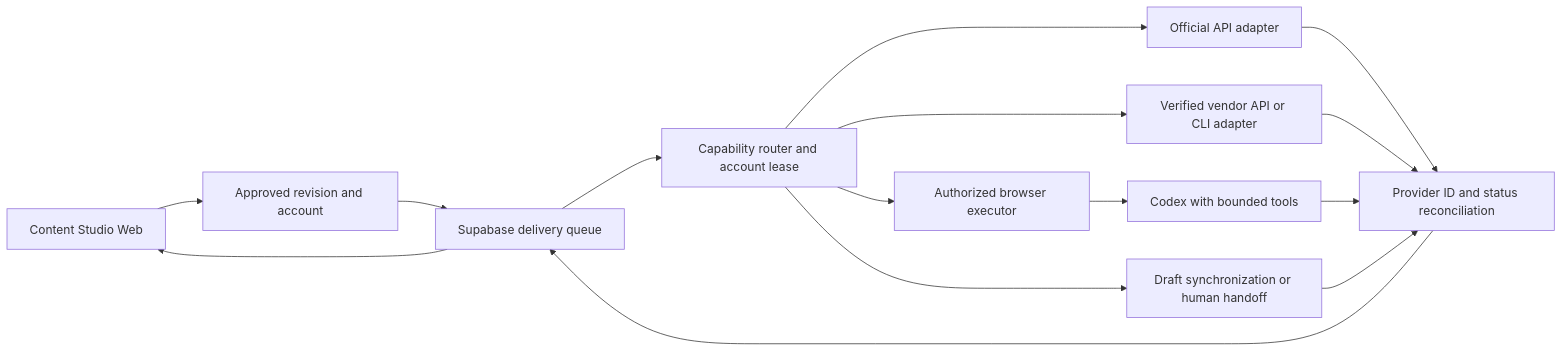
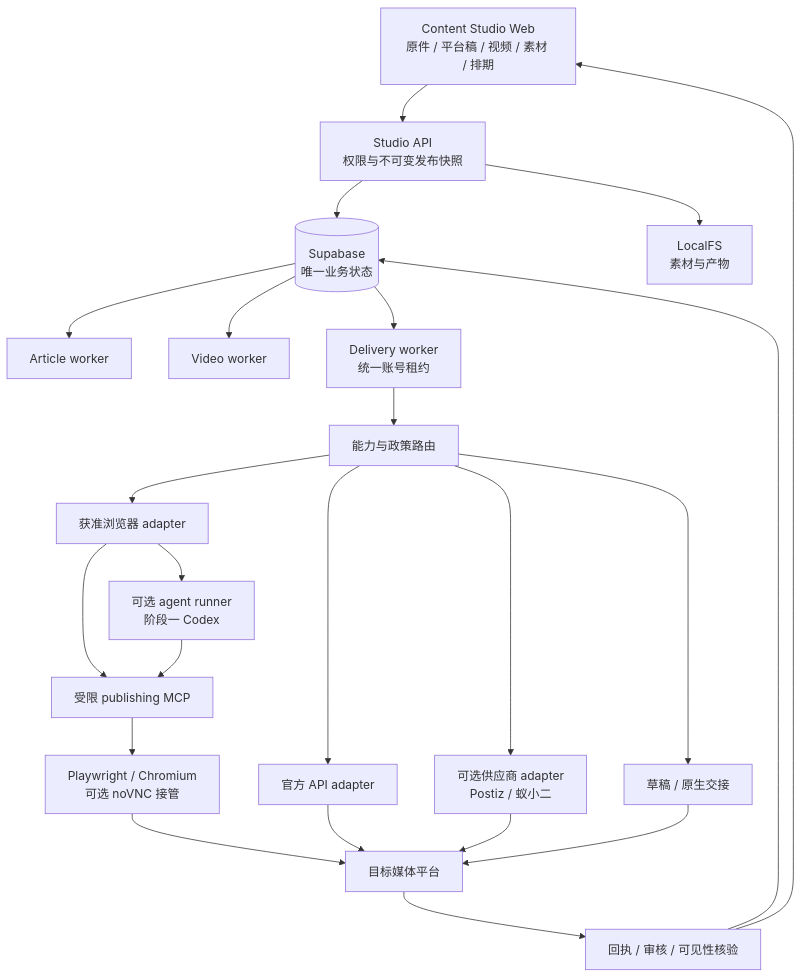
The first of 2 diagrams in docs/publishing-competitors-and-codex-browser-2026-10-11.md (wingxking/content-studio), drawn with Mermaid before and after one commit. The commit also changed other lines of this file, not shown here.

Commit message:
docs: deepen Chinese publishing and Docker browser research

````diff
--- a/docs/publishing-competitors-and-codex-browser-2026-10-11.md
+++ b/docs/publishing-competitors-and-codex-browser-2026-10-11.md
@@ -56,17 +222,25 @@
 ```mermaid
-flowchart LR
-    Web[Content Studio Web] --> Approval[Approved revision and account]
-    Approval --> Queue[Supabase delivery queue]
-    Queue --> Router[Capability router and account lease]
-    Router --> Official[Official API adapter]
-    Router --> Vendor[Verified vendor API or CLI adapter]
-    Router --> Browser[Authorized browser executor]
-    Router --> Draft[Draft synchronization or human handoff]
-    Browser --> Agent[Codex with bounded tools]
-    Official --> Receipt[Provider ID and status reconciliation]
-    Vendor --> Receipt
-    Agent --> Receipt
-    Draft --> Receipt
-    Receipt --> Queue
-    Queue --> Web
+flowchart TD
+    Web[Content Studio Web<br/>原件 / 平台稿 / 视频 / 素材 / 排期] --> API[Studio API<br/>权限与不可变发布快照]
+    API --> DB[(Supabase<br/>唯一业务状态)]
+    API --> Files[LocalFS<br/>素材与产物]
+    DB --> Article[Article worker]
+    DB --> Video[Video worker]
+    DB --> Delivery[Delivery worker<br/>统一账号租约]
+    Delivery --> Gate[能力与政策路由]
+    Gate --> Official[官方 API adapter]
+    Gate --> Vendor[可选供应商 adapter<br/>Postiz / 蚁小二]
+    Gate --> Draft[草稿 / 原生交接]
+    Gate --> Browser[获准浏览器 adapter]
+    Browser --> MCP[受限 publishing MCP]
+    MCP --> Runtime[Playwright / Chromium<br/>可选 noVNC 接管]
+    Browser --> Agent[可选 agent runner<br/>阶段一 Codex]
+    Agent --> MCP
+    Runtime --> Platforms[目标媒体平台]
+    Official --> Platforms
+    Vendor --> Platforms
+    Draft --> Platforms
+    Platforms --> Receipt[回执 / 审核 / 可见性核验]
+    Receipt --> DB
+    Receipt --> Web
 ```
````
